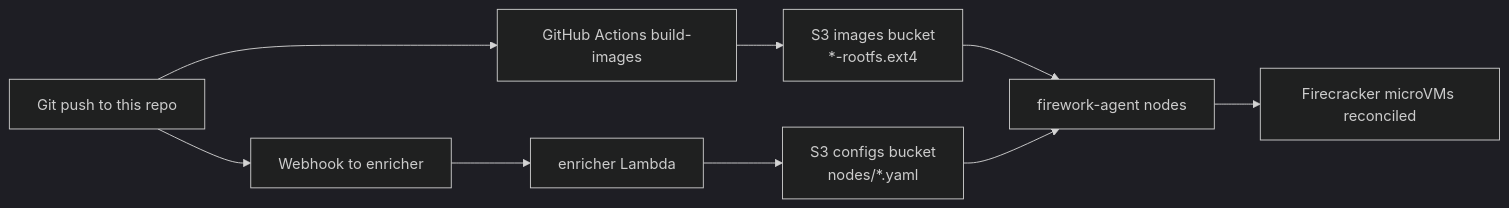
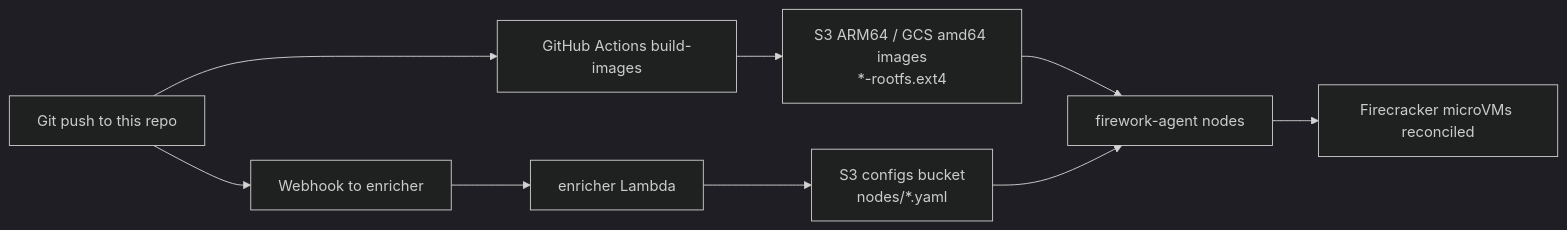
One commit to artemnikitin/firework-gitops-example changed the diagram in README.md. Above: the diagram before and after it, drawn with Mermaid (dark theme). The commit also changed other lines of this file and 7 other files, not shown here.

````diff
--- a/README.md
+++ b/README.md
@@ -23,13 +23,13 @@
 ```mermaid
 flowchart LR
   GH[Git push to this repo] --> GHA[GitHub Actions build-images]
   GH --> WEBHOOK[Webhook to enricher]
 
-  GHA --> IMG[S3 images bucket<br/>*-rootfs.ext4]
+  GHA --> IMG[S3 ARM64 / GCS amd64 images<br/>*-rootfs.ext4]
   WEBHOOK --> ENRICHER[enricher Lambda]
   ENRICHER --> CFG[S3 configs bucket<br/>nodes/*.yaml]
 
   IMG --> AGENT[firework-agent nodes]
   CFG --> AGENT
   AGENT --> VM[Firecracker microVMs reconciled]
 ```
````
